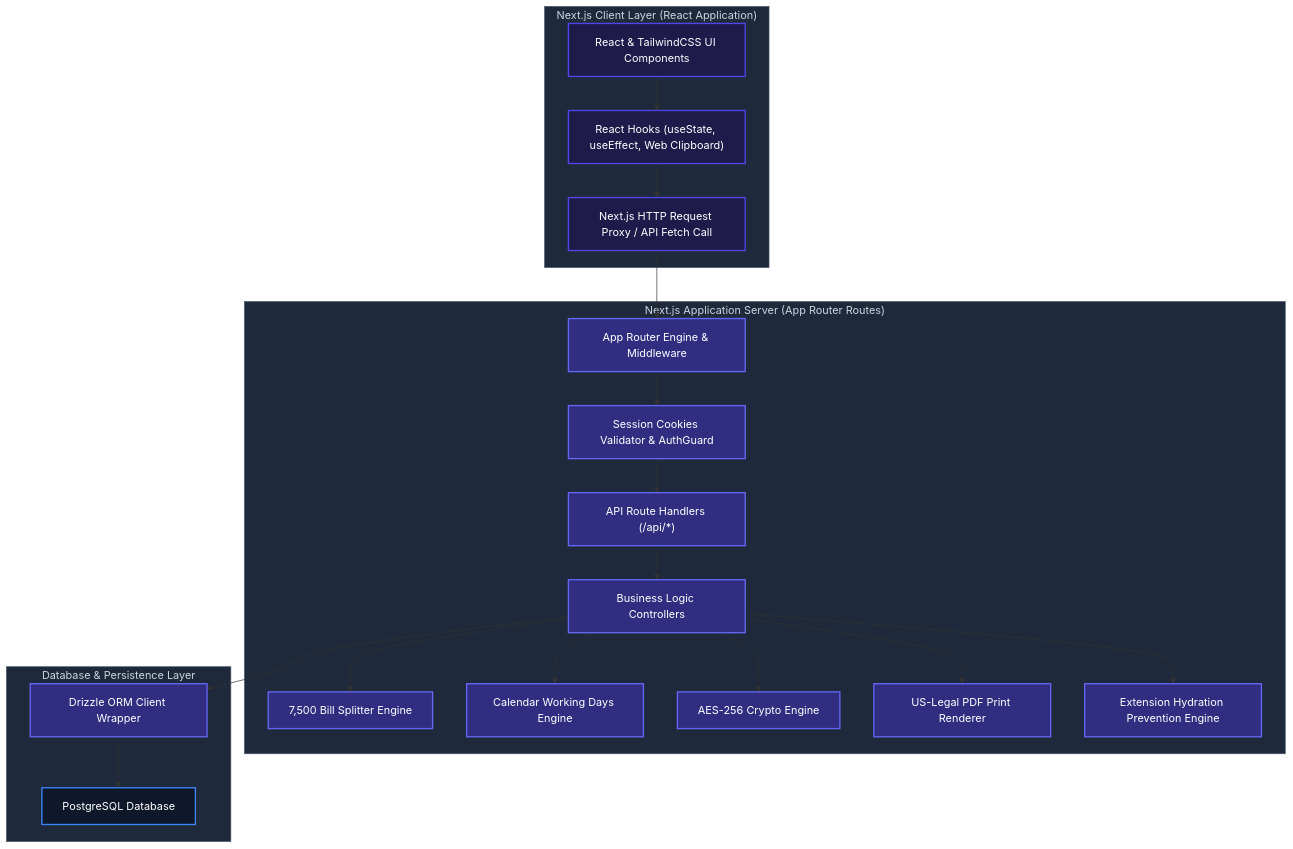
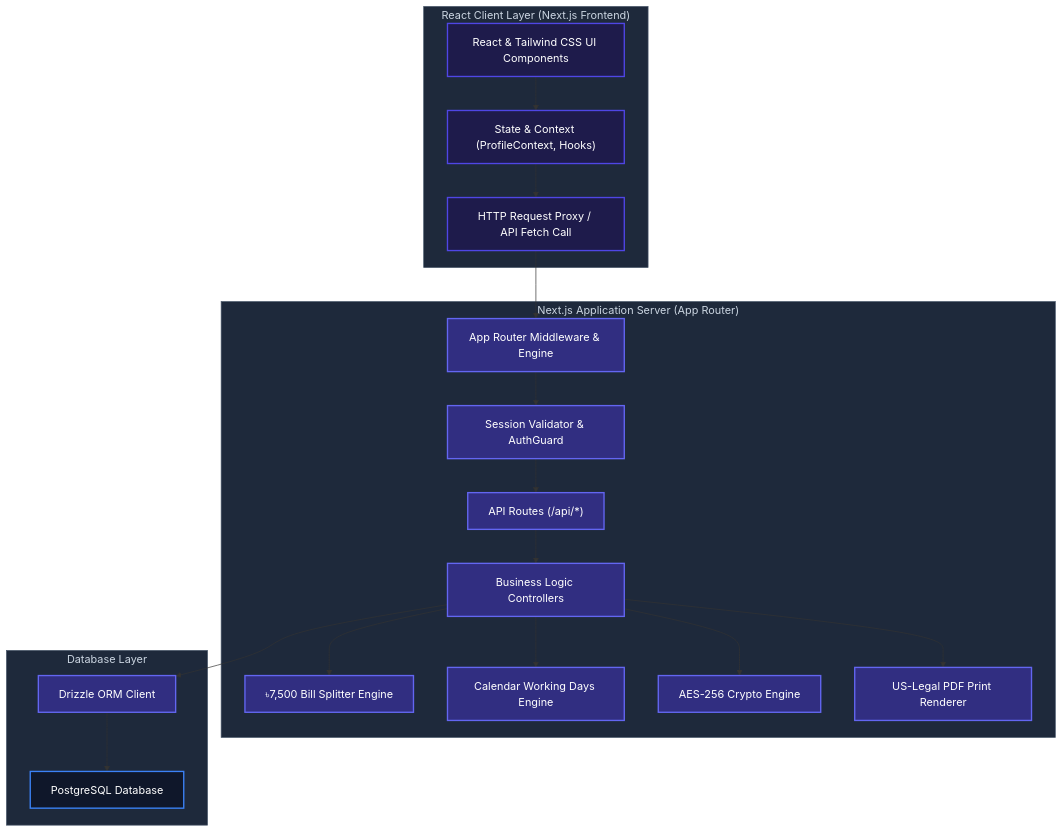
One commit to syedarifulislamemon2010/Late-Sitting-Holiday-Night-Duty changed the diagram in README.md. Above: the diagram before and after it, drawn with Mermaid. The commit also changed other lines of this file, not shown here.

````diff
--- a/README.md
+++ b/README.md
@@ -11,34 +56,31 @@
 ```mermaid
 graph TD
-    %% Styling
     classDef client fill:#1e1b4b,stroke:#4f46e5,stroke-width:2px,color:#fff;
     classDef server fill:#312e81,stroke:#6366f1,stroke-width:2px,color:#fff;
     classDef storage fill:#0f172a,stroke:#3b82f6,stroke-width:2px,color:#fff;
     classDef box fill:#1e293b,stroke:#475569,stroke-width:1px,color:#cbd5e1;
 
-    subgraph Client["Next.js Client Layer (React Application)"]
-        UI["React & TailwindCSS UI Components"]:::client --> State["React Hooks (useState, useEffect, Web Clipboard)"]:::client
-        State --> Proxy["Next.js HTTP Request Proxy / API Fetch Call"]:::client
+    subgraph Client["React Client Layer (Next.js Frontend)"]
+        UI["React & Tailwind CSS UI Components"]:::client --> State["State & Context (ProfileContext, Hooks)"]:::client
+        State --> Proxy["HTTP Request Proxy / API Fetch Call"]:::client
     end
 
-    subgraph Server["Next.js Application Server (App Router Routes)"]
-        Proxy --> Router["App Router Engine & Middleware"]:::server
-        Router --> Auth["Session Cookies Validator & AuthGuard"]:::server
-        Auth --> Endpoints["API Route Handlers (/api/*)"]:::server
-        Endpoints --> BusinessLogic["Business Logic Controllers"]:::server
+    subgraph Server["Next.js Application Server (App Router)"]
+        Proxy --> Router["App Router Middleware & Engine"]:::server
+        Router --> Auth["Session Validator & AuthGuard"]:::server
+        Auth --> Endpoints["API Routes (/api/*)"]:::server
+        Endpoints --> Logic["Business Logic Controllers"]:::server
         
-        %% Mechanisms
-        BusinessLogic --> LimitSplitter["7,500 Bill Splitter Engine"]:::server
-        BusinessLogic --> CalendarEngine["Calendar Working Days Engine"]:::server
-        BusinessLogic --> CryptoEngine["AES-256 Crypto Engine"]:::server
-        BusinessLogic --> PrintStyles["US-Legal PDF Print Renderer"]:::server
-        BusinessLogic --> ExtensionFix["Extension Hydration Prevention Engine"]:::server
+        Logic --> LimitSplitter["৳7,500 Bill Splitter Engine"]:::server
+        Logic --> CalendarEngine["Calendar Working Days Engine"]:::server
+        Logic --> CryptoEngine["AES-256 Crypto Engine"]:::server
+        Logic --> PrintStyles["US-Legal PDF Print Renderer"]:::server
     end
 
-    subgraph Storage["Database & Persistence Layer"]
-        BusinessLogic --> Drizzle["Drizzle ORM Client Wrapper"]:::server
-        Drizzle --> NeonPostgreSQL["PostgreSQL Database"]:::storage
+    subgraph Storage["Database Layer"]
+        Logic --> Drizzle["Drizzle ORM Client"]:::server
+        Drizzle --> PostgreSQL["PostgreSQL Database"]:::storage
     end
 
     class Client,Server,Storage box;
 ```
````
